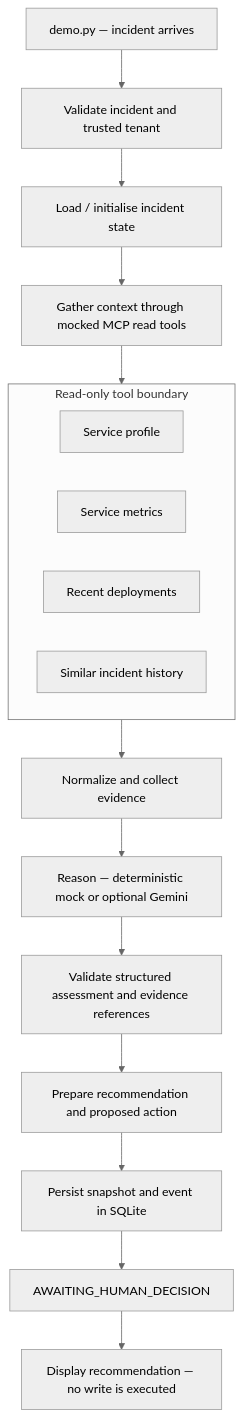
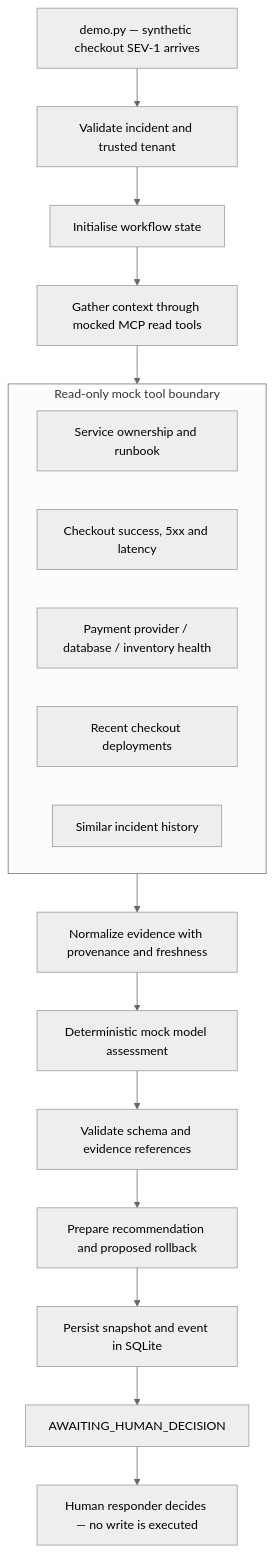
Before and after one commit to rudolfo-felix/pager-duty: the diagram in README.md, drawn with Mermaid (neutral theme). The commit also changed other lines of this file, not shown here.

Commit message:
Document synthetic checkout incident case study

````diff
--- a/README.md
+++ b/README.md
@@ -9,22 +9,21 @@
 ```mermaid
 flowchart TD
-    A["demo.py — incident arrives"] --> B["Validate incident and trusted tenant"]
-    B --> C["Load / initialise incident state"]
+    A["demo.py — synthetic checkout SEV-1 arrives"] --> B["Validate incident and trusted tenant"]
+    B --> C["Initialise workflow state"]
     C --> D["Gather context through mocked MCP read tools"]
-
-    subgraph Tools["Read-only tool boundary"]
-        T1["Service profile"]
-        T2["Service metrics"]
-        T3["Recent deployments"]
-        T4["Similar incident history"]
+    subgraph Tools["Read-only mock tool boundary"]
+        T1["Service ownership and runbook"]
+        T2["Checkout success, 5xx and latency"]
+        T3["Payment provider / database / inventory health"]
+        T4["Recent checkout deployments"]
+        T5["Similar incident history"]
     end
-
     D --> Tools
-    Tools --> E["Normalize and collect evidence"]
-    E --> F["Reason — deterministic mock or optional Gemini"]
-    F --> G["Validate structured assessment and evidence references"]
-    G --> H["Prepare recommendation and proposed action"]
+    Tools --> E["Normalize evidence with provenance and freshness"]
+    E --> F["Deterministic mock model assessment"]
+    F --> G["Validate schema and evidence references"]
+    G --> H["Prepare recommendation and proposed rollback"]
     H --> I["Persist snapshot and event in SQLite"]
     I --> J["AWAITING_HUMAN_DECISION"]
-    J --> K["Display recommendation — no write is executed"]
+    J --> K["Human responder decides — no write is executed"]
 ```
````
